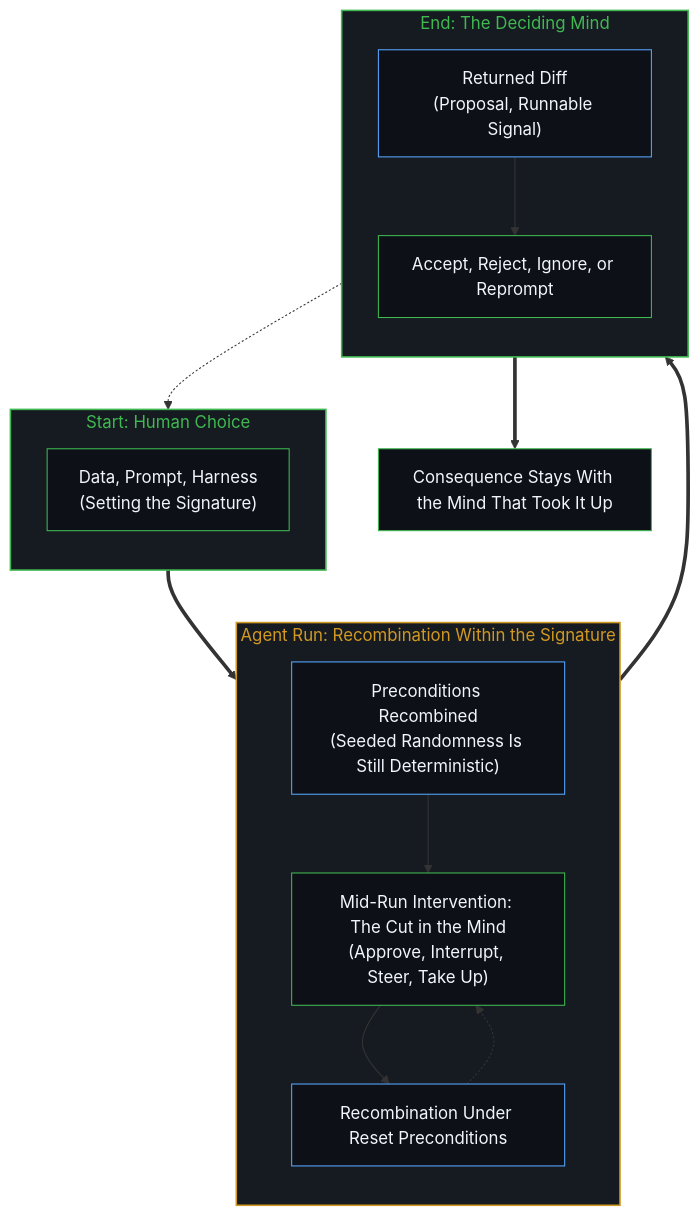
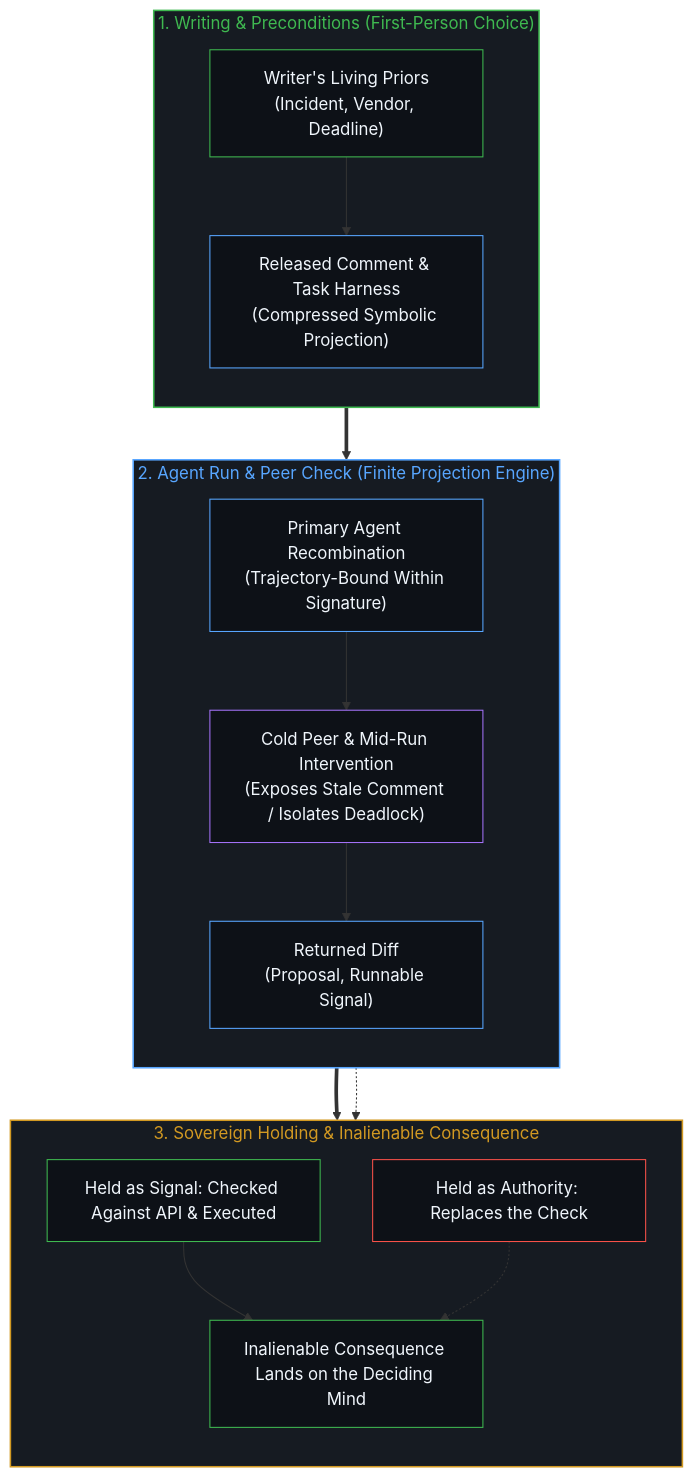
The second of 2 diagrams in content/posts/the-comment-is-not-the-code.md (powerpig99/not-a-toe), drawn with Mermaid before and after one commit. The commit also changed other lines of this file and 1 other file, not shown here.

Commit message:
Refine L2 #156: the-comment-is-not-the-code (Wave 3)

````diff
--- a/content/posts/the-comment-is-not-the-code.md
+++ b/content/posts/the-comment-is-not-the-code.md
@@ -183,37 +91,39 @@
 ```mermaid
 flowchart TD
-  subgraph S_START["Start: Human Choice"]
+  subgraph S_START["1. Writing & Preconditions (First-Person Choice)"]
     direction TB
-    H0["Data, Prompt, Harness<br/>(Setting the Signature)"]
+    W_PRI["Writer's Living Priors<br/>(Incident, Vendor, Deadline)"]
+    C_REF["Released Comment & Task Harness<br/>(Compressed Symbolic Projection)"]
+    W_PRI --> C_REF
   end
-  subgraph S_RUN["Agent Run: Recombination Within the Signature"]
+  subgraph S_RUN["2. Agent Run & Peer Check (Finite Projection Engine)"]
     direction TB
-    A1["Preconditions Recombined<br/>(Seeded Randomness Is Still Deterministic)"]
-    HI["Mid-Run Intervention: The Cut in the Mind<br/>(Approve, Interrupt, Steer, Take Up)"]
-    A2["Recombination Under Reset Preconditions"]
-    A1 --> HI
-    HI --> A2
-    A2 -.-> HI
+    A_TRJ["Primary Agent Recombination<br/>(Trajectory-Bound Within Signature)"]
+    P_CHK["Cold Peer & Mid-Run Intervention<br/>(Exposes Stale Comment / Isolates Deadlock)"]
+    DIFF["Returned Diff<br/>(Proposal, Runnable Signal)"]
+    A_TRJ --> P_CHK
+    P_CHK --> DIFF
   end
-  subgraph S_END["End: The Deciding Mind"]
+  subgraph S_END["3. Sovereign Holding & Inalienable Consequence"]
     direction TB
-    DIFF["Returned Diff<br/>(Proposal, Runnable Signal)"]
-    HE["Accept, Reject, Ignore, or Reprompt"]
-    DIFF --> HE
+    H_SIG["Held as Signal: Checked Against API & Executed"]
+    H_AUT["Held as Authority: Replaces the Check"]
+    CONS["Inalienable Consequence Lands on the Deciding Mind"]
+    H_SIG --> CONS
+    H_AUT -.-> CONS
   end
-  CONS["Consequence Stays With the Mind That Took It Up"]
-  H0 ==> A1
-  A2 ==> DIFF
-  HE ==> CONS
-  HE -.-> H0
+  C_REF ==> A_TRJ
+  DIFF ==> H_SIG
+  DIFF -.-> H_AUT
   style S_START fill:#161b22,stroke:#3fb950,stroke-width:1.5px,color:#3fb950
-  style S_RUN fill:#161b22,stroke:#d29922,stroke-width:1.5px,color:#d29922
-  style S_END fill:#161b22,stroke:#3fb950,stroke-width:1.5px,color:#3fb950
-  style H0 fill:#0d1117,stroke:#3fb950,stroke-width:1px,color:#f0f6fc
-  style A1 fill:#0d1117,stroke:#58a6ff,stroke-width:1px,color:#f0f6fc
-  style HI fill:#0d1117,stroke:#3fb950,stroke-width:1px,color:#f0f6fc
-  style A2 fill:#0d1117,stroke:#58a6ff,stroke-width:1px,color:#f0f6fc
+  style S_RUN fill:#161b22,stroke:#58a6ff,stroke-width:1.5px,color:#58a6ff
+  style S_END fill:#161b22,stroke:#d29922,stroke-width:1.5px,color:#d29922
+  style W_PRI fill:#0d1117,stroke:#3fb950,stroke-width:1px,color:#f0f6fc
+  style C_REF fill:#0d1117,stroke:#58a6ff,stroke-width:1px,color:#f0f6fc
+  style A_TRJ fill:#0d1117,stroke:#58a6ff,stroke-width:1px,color:#f0f6fc
+  style P_CHK fill:#0d1117,stroke:#a371f7,stroke-width:1px,color:#f0f6fc
   style DIFF fill:#0d1117,stroke:#58a6ff,stroke-width:1px,color:#f0f6fc
-  style HE fill:#0d1117,stroke:#3fb950,stroke-width:1px,color:#f0f6fc
+  style H_SIG fill:#0d1117,stroke:#3fb950,stroke-width:1px,color:#f0f6fc
+  style H_AUT fill:#0d1117,stroke:#f85149,stroke-width:1px,color:#f0f6fc
   style CONS fill:#0d1117,stroke:#3fb950,stroke-width:1px,color:#f0f6fc
 ```
````
